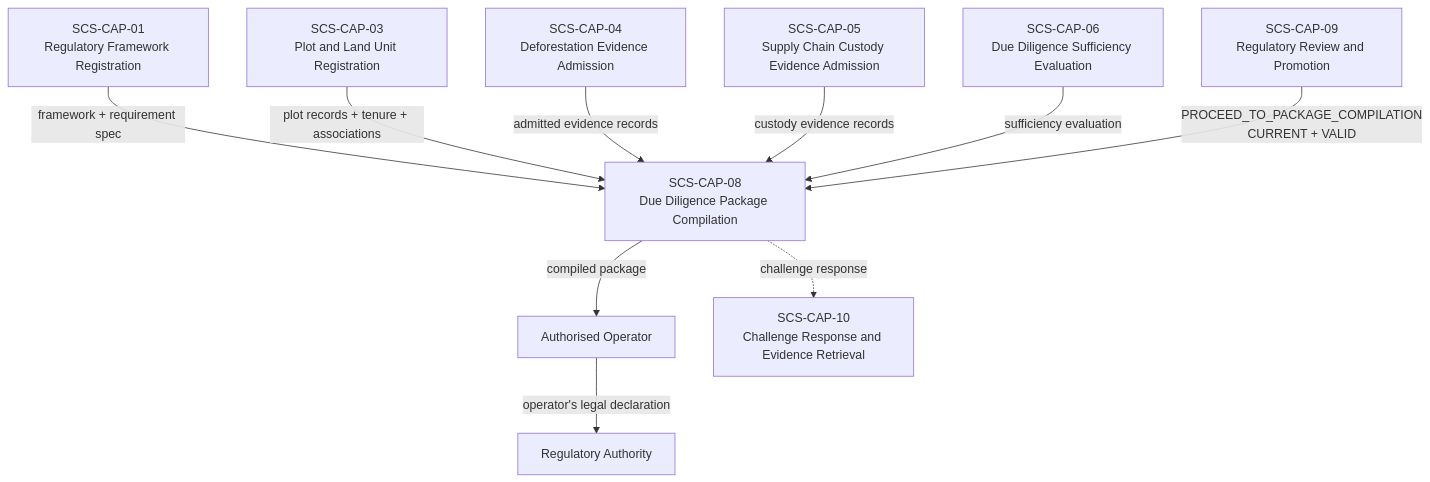
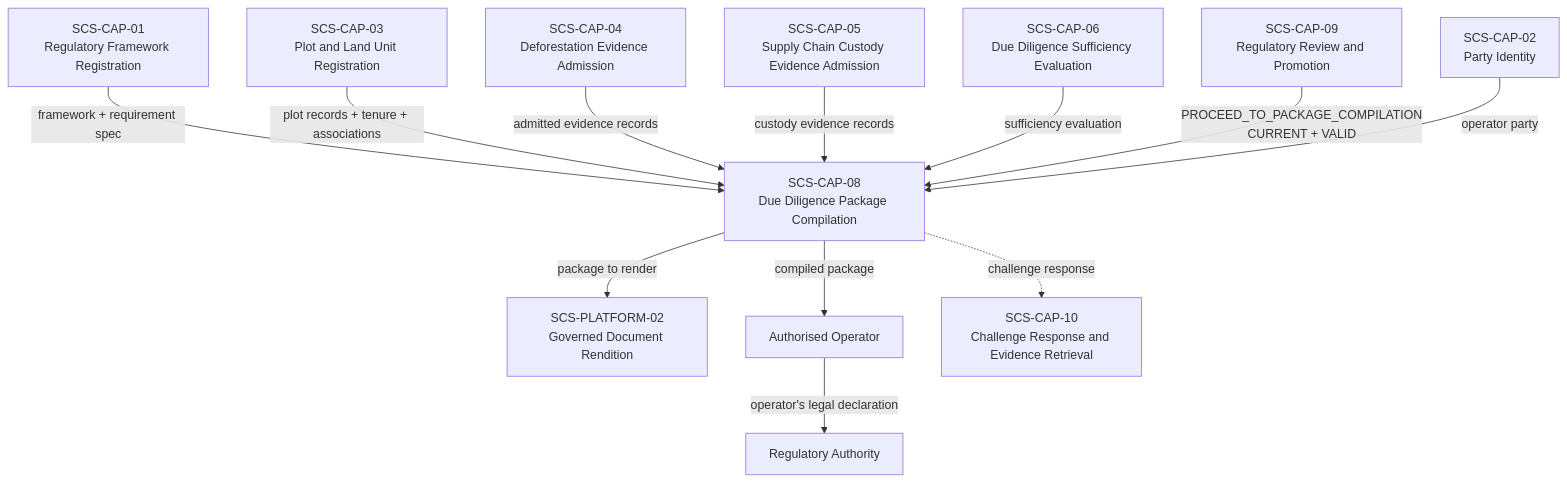
Before and after one commit to AdvancedAgricultureBiometrix/aab-source-of-truth: the first of 2 diagrams in governance/workstream-b/SCS-CAP-08-DUE-DILIGENCE-PACKAGE-COMPILATION-CANONICAL-CONTRACT-2026-09-22.md, drawn with Mermaid. The commit also changed other lines of this file and 1 other file, not shown here.

````diff
--- a/governance/workstream-b/SCS-CAP-08-DUE-DILIGENCE-PACKAGE-COMPILATION-CANONICAL-CONTRACT-2026-09-22.md
+++ b/governance/workstream-b/SCS-CAP-08-DUE-DILIGENCE-PACKAGE-COMPILATION-CANONICAL-CONTRACT-2026-09-22.md
@@ -72,12 +96,14 @@
 ```mermaid
 graph TD
     A[SCS-CAP-01<br/>Regulatory Framework Registration] -->|framework + requirement spec| H[SCS-CAP-08<br/>Due Diligence Package Compilation]
     B[SCS-CAP-03<br/>Plot and Land Unit Registration] -->|plot records + tenure + associations| H
     C[SCS-CAP-04<br/>Deforestation Evidence Admission] -->|admitted evidence records| H
     D[SCS-CAP-05<br/>Supply Chain Custody Evidence Admission] -->|custody evidence records| H
     E[SCS-CAP-06<br/>Due Diligence Sufficiency Evaluation] -->|sufficiency evaluation| H
     F[SCS-CAP-09<br/>Regulatory Review and Promotion] -->|PROCEED_TO_PACKAGE_COMPILATION<br/>CURRENT + VALID| H
+    K[SCS-CAP-02<br/>Party Identity] -->|operator party| H
+    H -->|package to render| R[SCS-PLATFORM-02<br/>Governed Document Rendition]
     H -->|compiled package| G[Authorised Operator]
     G -->|operator's legal declaration| I[Regulatory Authority]
     H -.->|challenge response| J[SCS-CAP-10<br/>Challenge Response and Evidence Retrieval]
 ```
````
